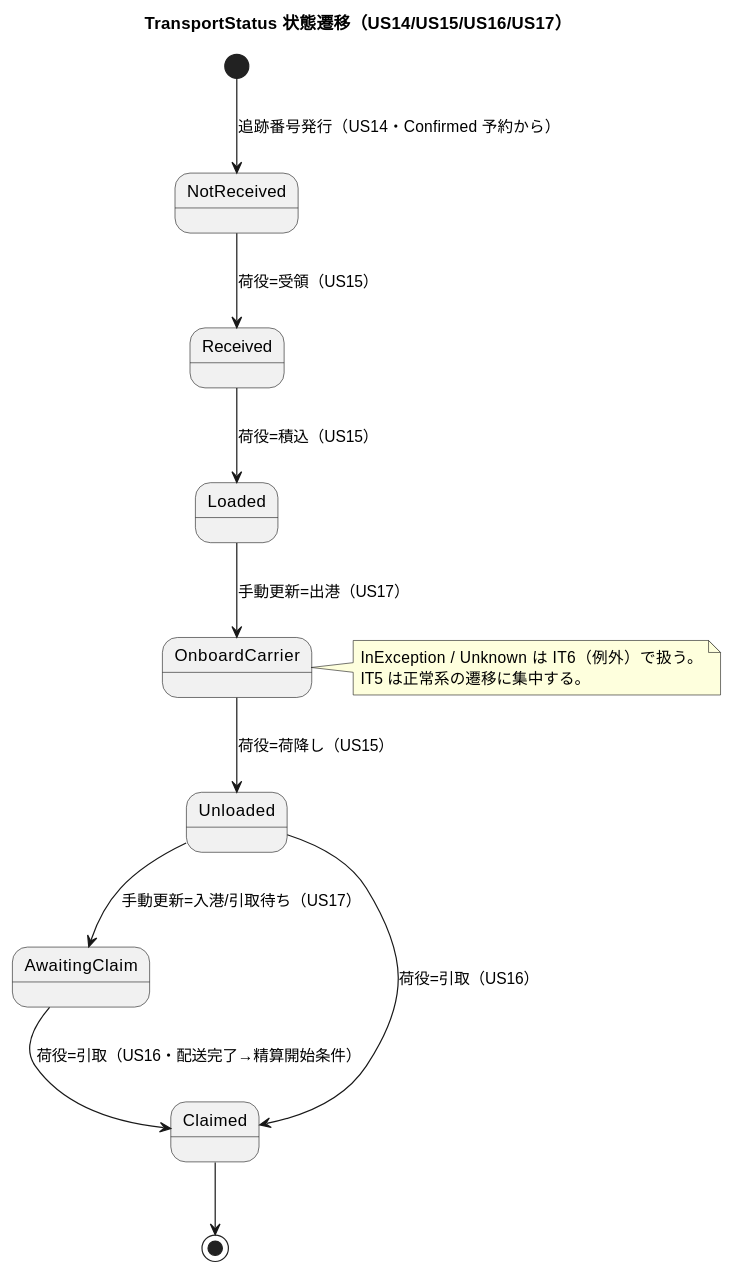
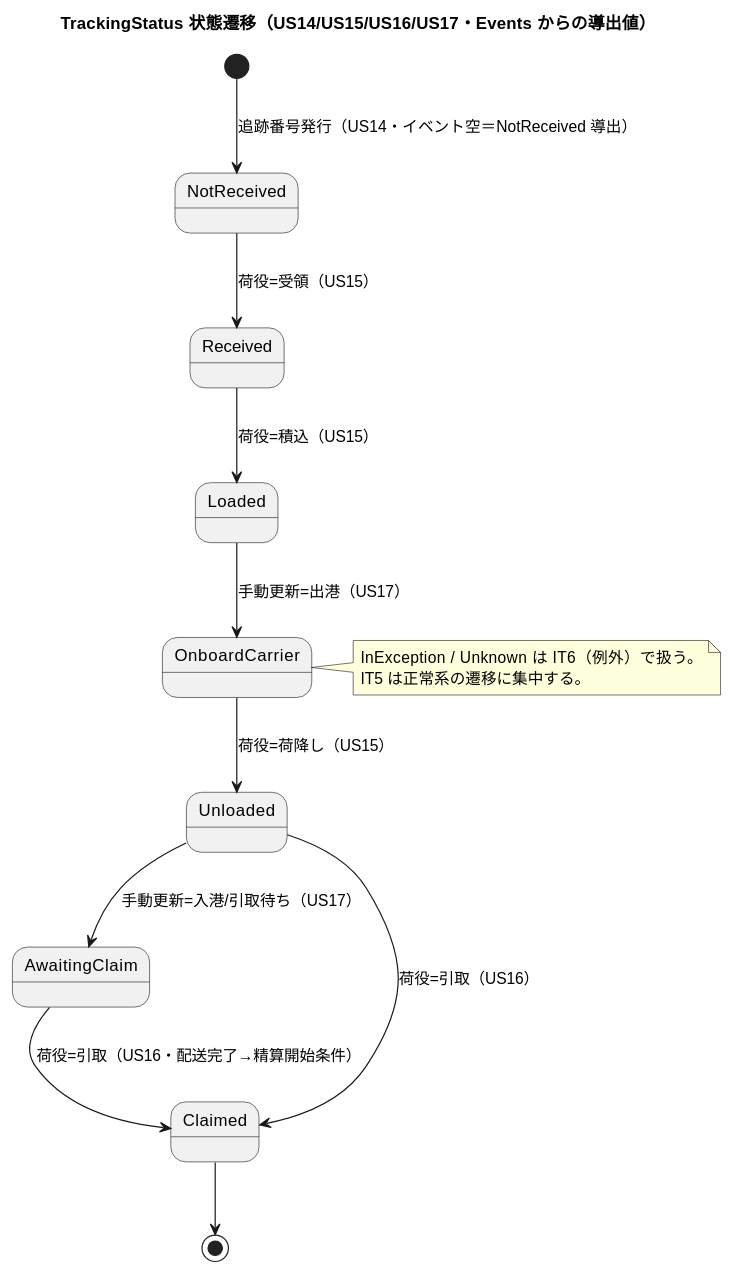
Before and after one commit to k2works/case-study-cargo-tracker: the fourth of 6 diagrams in docs/development/iteration_plan-5.md, drawn with PlantUML. The commit also changed other lines of this file, not shown here.

First line of the commit message:
docs(plan): IT5 計画を整合性検証で修正（TrackingStatus 導出値・戦略アプローチ注記）

````diff
--- a/docs/development/iteration_plan-5.md
+++ b/docs/development/iteration_plan-5.md
@@ -301,20 +315,20 @@
 ```plantuml
 @startuml
-title TransportStatus 状態遷移（US14/US15/US16/US17）
+title TrackingStatus 状態遷移（US14/US15/US16/US17・Events からの導出値）
 
-[*] --> NotReceived : 追跡番号発行（US14・Confirmed 予約から）
+[*] --> NotReceived : 追跡番号発行（US14・イベント空＝NotReceived 導出）
 NotReceived --> Received : 荷役=受領（US15）
 Received --> Loaded : 荷役=積込（US15）
 Loaded --> OnboardCarrier : 手動更新=出港（US17）
 OnboardCarrier --> Unloaded : 荷役=荷降し（US15）
 Unloaded --> AwaitingClaim : 手動更新=入港/引取待ち（US17）
 Unloaded --> Claimed : 荷役=引取（US16）
 AwaitingClaim --> Claimed : 荷役=引取（US16・配送完了→精算開始条件）
 Claimed --> [*]
 
 note right of OnboardCarrier
   InException / Unknown は IT6（例外）で扱う。
   IT5 は正常系の遷移に集中する。
 end note
 @enduml
 ```
````
